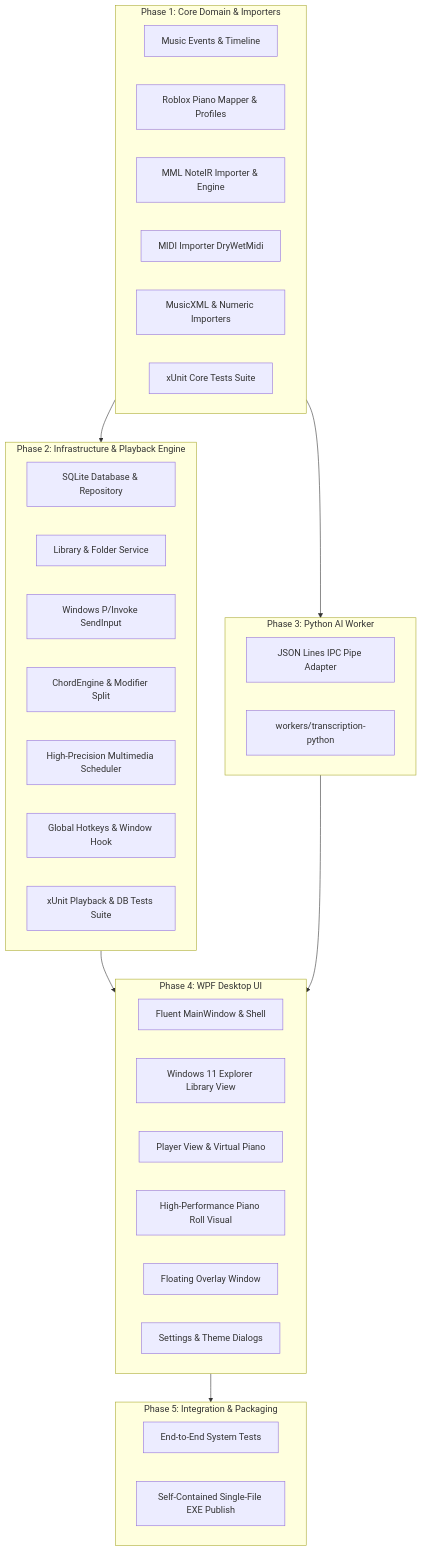
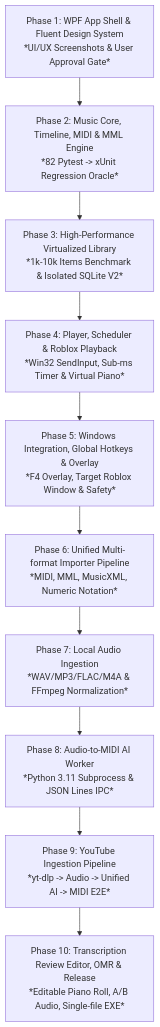
Before and after one commit to mochi-ms/roblox_piano: the third of 3 diagrams in MIGRATION_PLAN.md, drawn with Mermaid. The commit also changed other lines of this file, not shown here.

Commit message:
docs: Freeze Phase 0.5 Migration Plan with UI-first 10-phase roadmap and DB isolation policy

````diff
--- a/MIGRATION_PLAN.md
+++ b/MIGRATION_PLAN.md
@@ -158,46 +208,12 @@
 ```mermaid
-flowchart TD
-    subgraph Phase1 [Phase 1: Core Domain & Importers]
-        E[Music Events & Timeline]
-        MAP[Roblox Piano Mapper & Profiles]
-        MML[MML NoteIR Importer & Engine]
-        MIDI[MIDI Importer DryWetMidi]
-        XML[MusicXML & Numeric Importers]
-        T1[xUnit Core Tests Suite]
-    end
-
-    subgraph Phase2 [Phase 2: Infrastructure & Playback Engine]
-        DB[SQLite Database & Repository]
-        LIB_SVC[Library & Folder Service]
-        SEND[Windows P/Invoke SendInput]
-        CHORD[ChordEngine & Modifier Split]
-        SCHED[High-Precision Multimedia Scheduler]
-        HK[Global Hotkeys & Window Hook]
-        T2[xUnit Playback & DB Tests Suite]
-    end
-
-    subgraph Phase3 [Phase 3: Python AI Worker]
-        PY_IPC[JSON Lines IPC Pipe Adapter]
-        PY_WRK[workers/transcription-python]
-    end
-
-    subgraph Phase4 [Phase 4: WPF Desktop UI]
-        WPF_MAIN[Fluent MainWindow & Shell]
-        WPF_LIB[Windows 11 Explorer Library View]
-        WPF_PLY[Player View & Virtual Piano]
-        WPF_ROLL[High-Performance Piano Roll Visual]
-        WPF_OVL[Floating Overlay Window]
-        WPF_SET[Settings & Theme Dialogs]
-    end
-
-    subgraph Phase5 [Phase 5: Integration & Packaging]
-        E2E[End-to-End System Tests]
-        PUB[Self-Contained Single-File EXE Publish]
-    end
-
-    Phase1 --> Phase2
-    Phase1 --> Phase3
-    Phase2 --> Phase4
-    Phase3 --> Phase4
-    Phase4 --> Phase5
+graph TD
+    P1[Phase 1: WPF App Shell & Fluent Design System\n*UI/UX Screenshots & User Approval Gate*] --> P2[Phase 2: Music Core, Timeline, MIDI & MML Engine\n*82 Pytest -> xUnit Regression Oracle*]
+    P2 --> P3[Phase 3: High-Performance Virtualized Library\n*1k-10k Items Benchmark & Isolated SQLite V2*]
+    P3 --> P4[Phase 4: Player, Scheduler & Roblox Playback\n*Win32 SendInput, Sub-ms Timer & Virtual Piano*]
+    P4 --> P5[Phase 5: Windows Integration, Global Hotkeys & Overlay\n*F4 Overlay, Target Roblox Window & Safety*]
+    P5 --> P6[Phase 6: Unified Multi-format Importer Pipeline\n*MIDI, MML, MusicXML, Numeric Notation*]
+    P6 --> P7[Phase 7: Local Audio Ingestion\n*WAV/MP3/FLAC/M4A & FFmpeg Normalization*]
+    P7 --> P8[Phase 8: Audio-to-MIDI AI Worker\n*Python 3.11 Subprocess & JSON Lines IPC*]
+    P8 --> P9[Phase 9: YouTube Ingestion Pipeline\n*yt-dlp -> Audio -> Unified AI -> MIDI E2E*]
+    P9 --> P10[Phase 10: Transcription Review Editor, OMR & Release\n*Editable Piano Roll, A/B Audio, Single-file EXE*]
 ```
````
